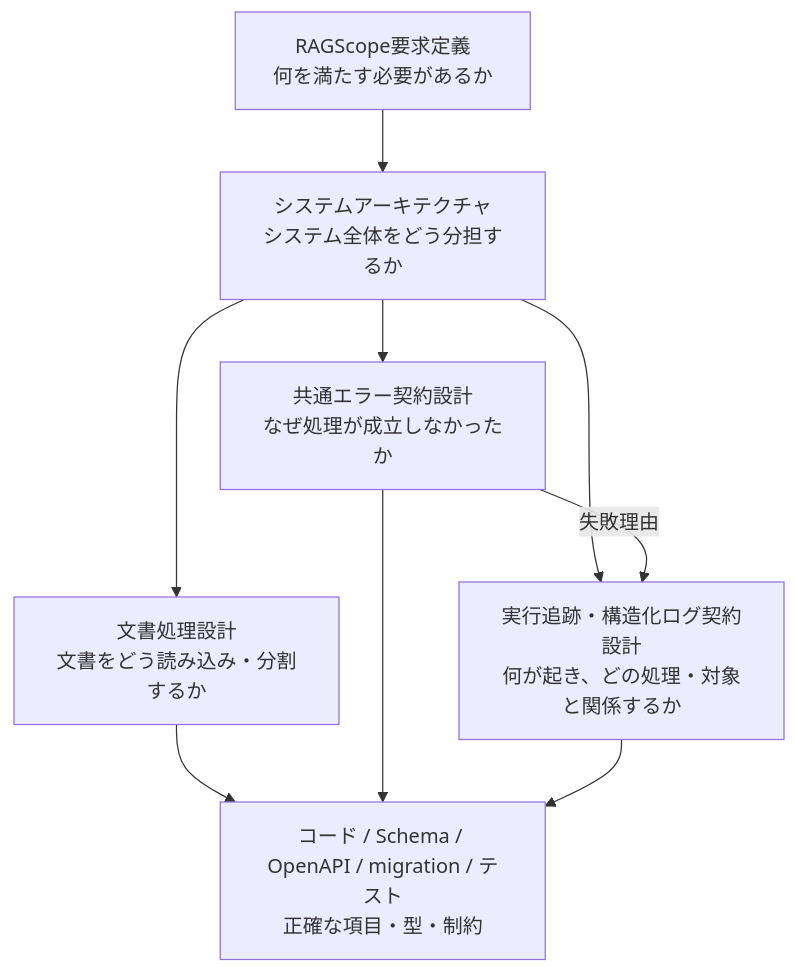
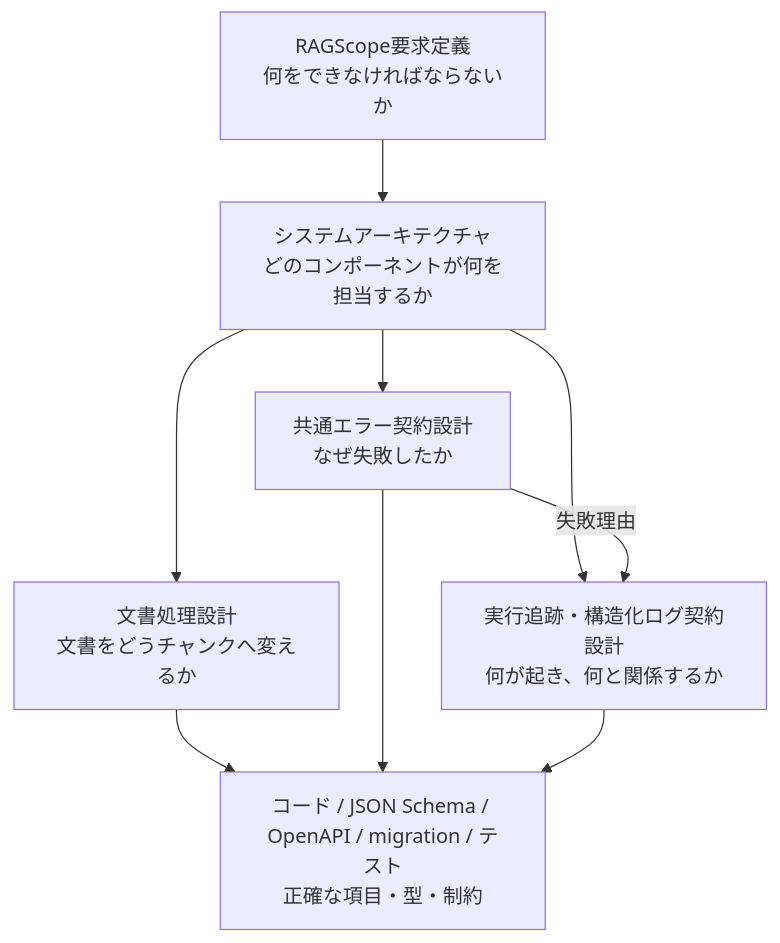
The diagram in project-docs/design/README.md (takashit16833/RAGScope), drawn with Mermaid before and after one commit. The commit also changed other lines of this file, not shown here.

````diff
--- a/project-docs/design/README.md
+++ b/project-docs/design/README.md
@@ -9,22 +17,22 @@
 ```mermaid
 flowchart TD
-    Requirements["RAGScope要求定義<br>何を満たす必要があるか"]
-    Architecture["システムアーキテクチャ<br>システム全体をどう分担するか"]
+    Requirements["RAGScope要求定義<br>何をできなければならないか"]
+    Architecture["システムアーキテクチャ<br>どのコンポーネントが何を担当するか"]
 
-    Document["文書処理設計<br>文書をどう読み込み・分割するか"]
-    Error["共通エラー契約設計<br>なぜ処理が成立しなかったか"]
-    Logging["実行追跡・構造化ログ契約設計<br>何が起き、どの処理・対象と関係するか"]
+    Document["文書処理設計<br>文書をどうチャンクへ変えるか"]
+    Error["共通エラー契約設計<br>なぜ失敗したか"]
+    Logging["実行追跡・構造化ログ契約設計<br>何が起き、何と関係するか"]
 
-    Machine["コード / Schema / OpenAPI / migration / テスト<br>正確な項目・型・制約"]
+    Machine["コード / JSON Schema / OpenAPI / migration / テスト<br>正確な項目・型・制約"]
 
     Requirements --> Architecture
     Architecture --> Document
     Architecture --> Error
     Architecture --> Logging
 
     Error -->|"失敗理由"| Logging
 
     Document --> Machine
     Error --> Machine
     Logging --> Machine
 ```
````
